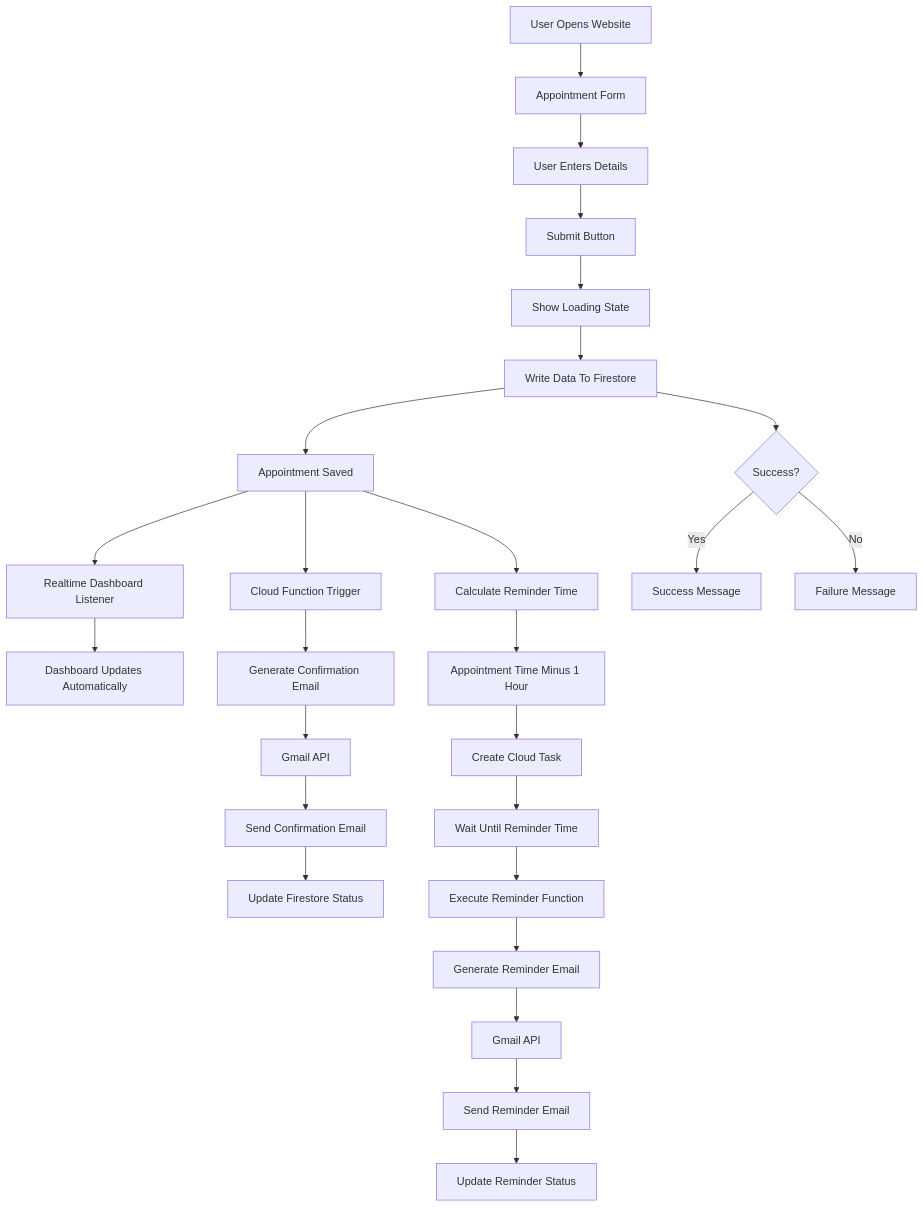
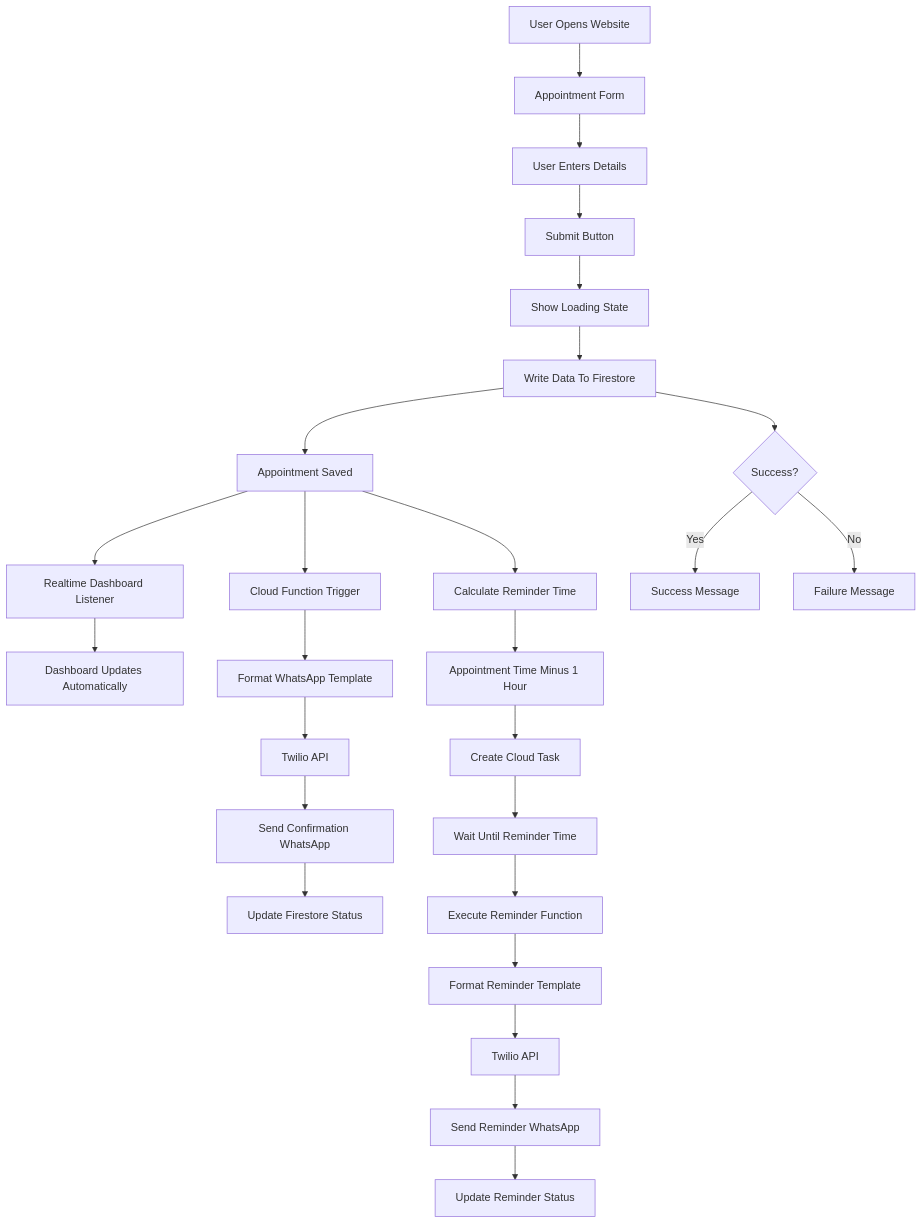
Before and after one commit to Rammanobi/appointment_booking: the diagram in project_structure.md/problem_constraint.md, drawn with Mermaid. The commit also changed other lines of this file, not shown here.

Commit message:
docs: Update problem_constraint.md to reflect Twilio WhatsApp migration

````diff
--- a/project_structure.md/problem_constraint.md
+++ b/project_structure.md/problem_constraint.md
@@ -138,55 +109,55 @@
 ```mermaid
 flowchart TD
 
 A[User Opens Website]
 
 A --> B[Appointment Form]
 
 B --> C[User Enters Details]
 
 C --> D[Submit Button]
 
 D --> E[Show Loading State]
 
 E --> F[Write Data To Firestore]
 
 F --> G[Appointment Saved]
 
 G --> H[Realtime Dashboard Listener]
 
 H --> I[Dashboard Updates Automatically]
 
 G --> J[Cloud Function Trigger]
 
-J --> K[Generate Confirmation Email]
+J --> K[Format WhatsApp Template]
 
-K --> L[Gmail API]
+K --> L[Twilio API]
 
-L --> M[Send Confirmation Email]
+L --> M[Send Confirmation WhatsApp]
 
 M --> N[Update Firestore Status]
 
 G --> O[Calculate Reminder Time]
 
 O --> P[Appointment Time Minus 1 Hour]
 
 P --> Q[Create Cloud Task]
 
 Q --> R[Wait Until Reminder Time]
 
 R --> S[Execute Reminder Function]
 
-S --> T[Generate Reminder Email]
+S --> T[Format Reminder Template]
 
-T --> U[Gmail API]
+T --> U[Twilio API]
 
-U --> V[Send Reminder Email]
+U --> V[Send Reminder WhatsApp]
 
 V --> W[Update Reminder Status]
 
 F --> X{Success?}
 
 X -->|Yes| Y[Success Message]
 
 X -->|No| Z[Failure Message]
 ```
````
